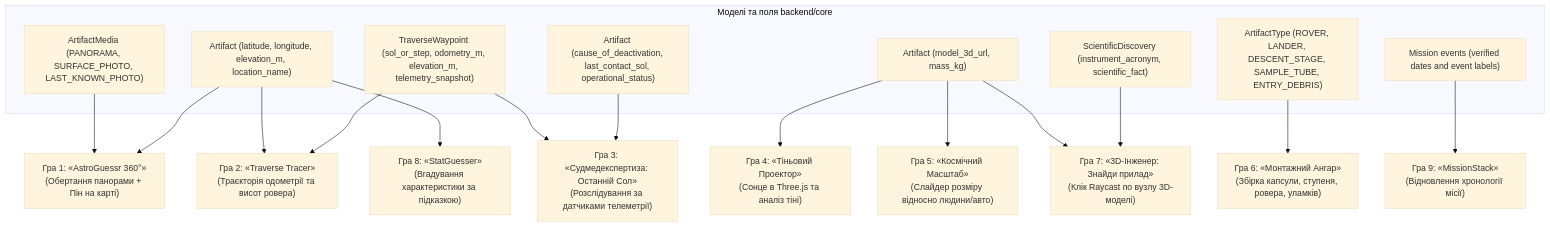
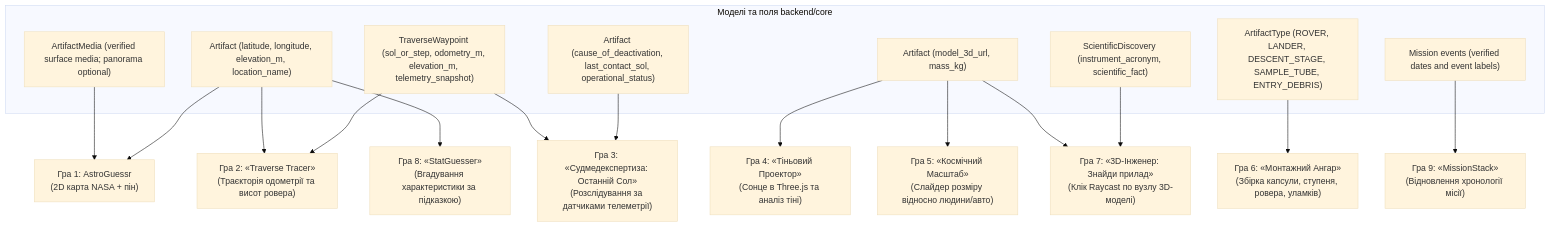
Before and after one commit to JekVolk/CosmoLost: the second of 2 diagrams in business/spec/04_features/FEAT-10_deductive_game_and_containers.md, drawn with Mermaid (base theme). The commit also changed other lines of this file and 9 other files, not shown here.

````diff
--- a/business/spec/04_features/FEAT-10_deductive_game_and_containers.md
+++ b/business/spec/04_features/FEAT-10_deductive_game_and_containers.md
@@ -166,23 +169,23 @@
 ```mermaid
 flowchart TD
     subgraph CoreDB ["Моделі та поля backend/core"]
-        M1["ArtifactMedia (PANORAMA, SURFACE_PHOTO, LAST_KNOWN_PHOTO)"]
+        M1["ArtifactMedia (verified surface media; panorama optional)"]
         M2["Artifact (latitude, longitude, elevation_m, location_name)"]
         M3["TraverseWaypoint (sol_or_step, odometry_m, elevation_m, telemetry_snapshot)"]
         M4["Artifact (cause_of_deactivation, last_contact_sol, operational_status)"]
         M5["Artifact (model_3d_url, mass_kg)"]
         M6["ArtifactType (ROVER, LANDER, DESCENT_STAGE, SAMPLE_TUBE, ENTRY_DEBRIS)"]
         M7["ScientificDiscovery (instrument_acronym, scientific_fact)"]
         M8["Mission events (verified dates and event labels)"]
     end
 
-    M1 & M2 --> G1["Гра 1: «AstroGuessr 360°»<br/>(Обертання панорами + Пін на карті)"]
+    M1 & M2 --> G1["Гра 1: AstroGuessr<br/>(2D карта NASA + пін)"]
     M2 & M3 --> G2["Гра 2: «Traverse Tracer»<br/>(Траєкторія одометрії та висот ровера)"]
     M3 & M4 --> G3["Гра 3: «Судмедекспертиза: Останній Сол»<br/>(Розслідування за датчиками телеметрії)"]
     M5 --> G4["Гра 4: «Тіньовий Проектор»<br/>(Сонце в Three.js та аналіз тіні)"]
     M5 --> G5["Гра 5: «Космічний Масштаб»<br/>(Слайдер розміру відносно людини/авто)"]
     M6 --> G6["Гра 6: «Монтажний Ангар»<br/>(Збірка капсули, ступеня, ровера, уламків)"]
     M5 & M7 --> G7["Гра 7: «3D-Інженер: Знайди прилад»<br/>(Клік Raycast по вузлу 3D-моделі)"]
     M2 --> G8["Гра 8: «StatGuesser»<br/>(Вгадування характеристики за підказкою)"]
     M8 --> G9["Гра 9: «MissionStack»<br/>(Відновлення хронології місії)"]
 ```
````
